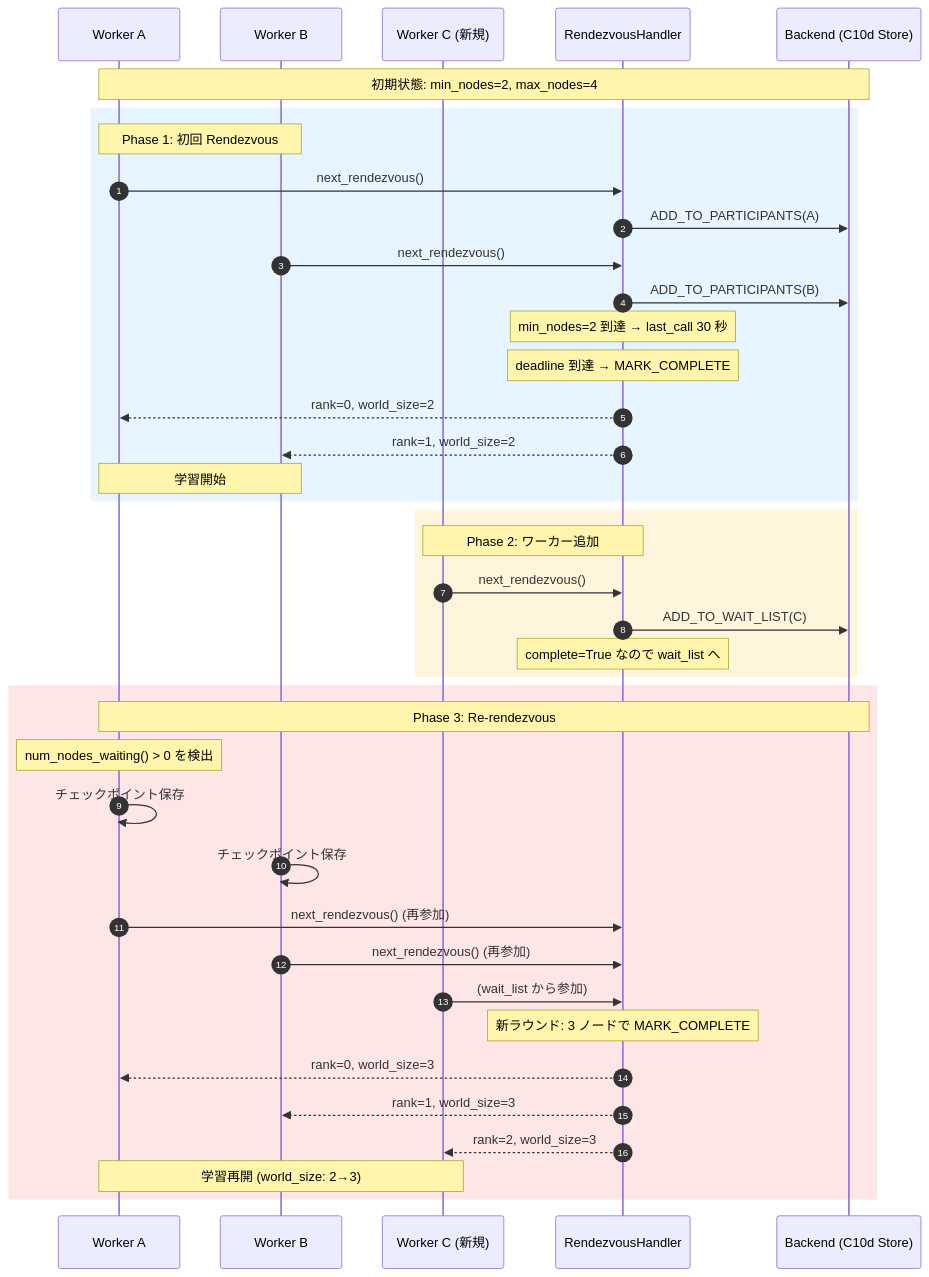
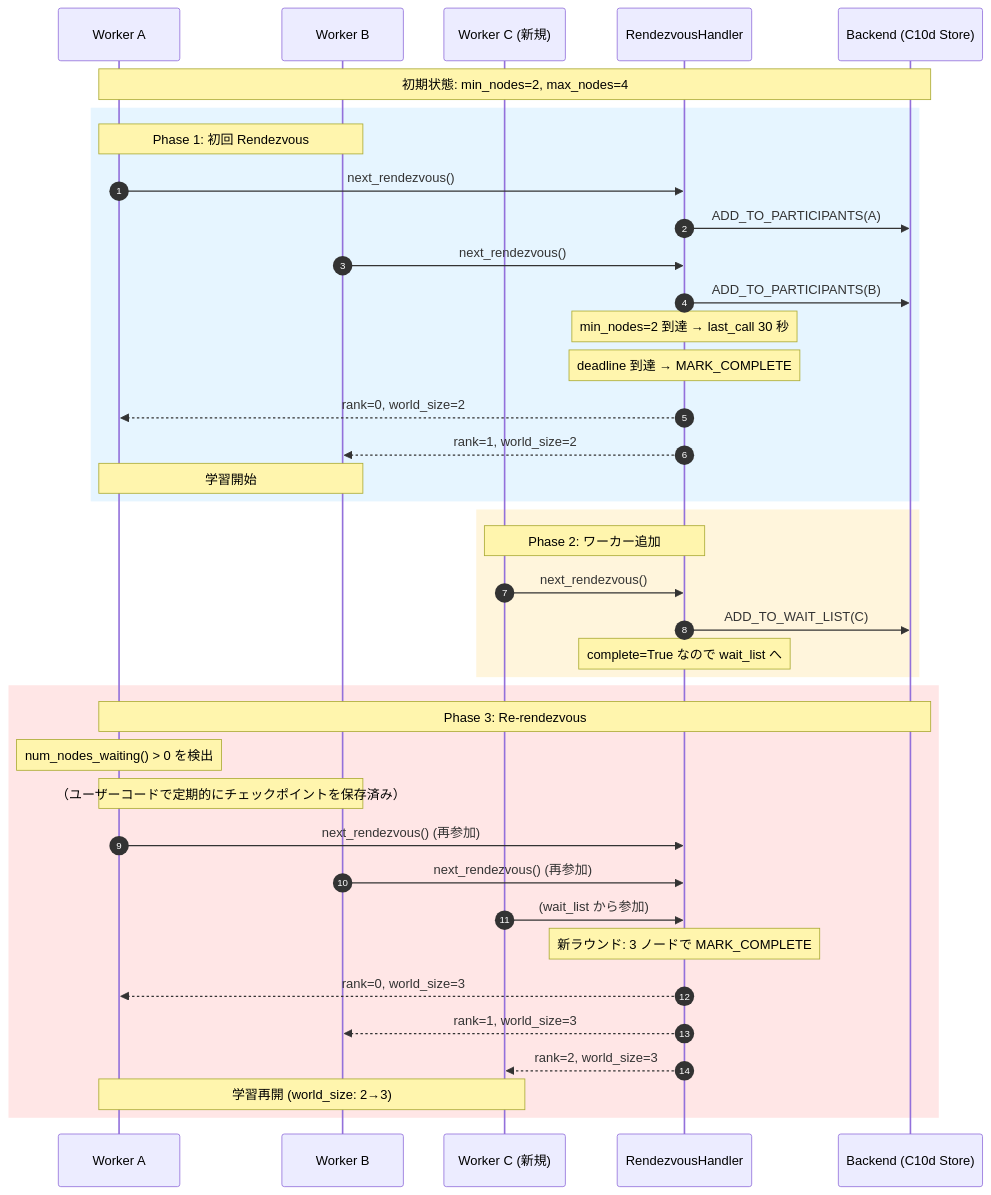
One commit to littlemex/zenn changed the second of 3 diagrams in articles/be0db364a7f8e2.md. Above: the diagram before and after it, drawn with Mermaid. The commit also changed other lines of this file, not shown here.

````diff
--- a/articles/be0db364a7f8e2.md
+++ b/articles/be0db364a7f8e2.md
@@ -151,46 +151,45 @@
 ```mermaid
 sequenceDiagram
     autonumber
     participant W1 as Worker A
     participant W2 as Worker B
     participant W3 as Worker C (新規)
     participant RH as RendezvousHandler
     participant BE as Backend (C10d Store)
 
     Note over W1, BE: 初期状態: min_nodes=2, max_nodes=4
 
     rect rgb(230, 245, 255)
         Note over W1, W2: Phase 1: 初回 Rendezvous
         W1 ->> RH: next_rendezvous()
         RH ->> BE: ADD_TO_PARTICIPANTS(A)
         W2 ->> RH: next_rendezvous()
         RH ->> BE: ADD_TO_PARTICIPANTS(B)
         Note over RH: min_nodes=2 到達 → last_call 30 秒
         Note over RH: deadline 到達 → MARK_COMPLETE
         RH -->> W1: rank=0, world_size=2
         RH -->> W2: rank=1, world_size=2
         Note over W1, W2: 学習開始
     end
 
     rect rgb(255, 245, 220)
         Note over W3, RH: Phase 2: ワーカー追加
         W3 ->> RH: next_rendezvous()
         RH ->> BE: ADD_TO_WAIT_LIST(C)
         Note over RH: complete=True なので wait_list へ
     end
 
     rect rgb(255, 230, 230)
         Note over W1, BE: Phase 3: Re-rendezvous
         Note over W1: num_nodes_waiting() > 0 を検出
-        W1 ->> W1: チェックポイント保存
-        W2 ->> W2: チェックポイント保存
+        Note over W1, W2: （ユーザーコードで定期的にチェックポイントを保存済み）
         W1 ->> RH: next_rendezvous() (再参加)
         W2 ->> RH: next_rendezvous() (再参加)
         W3 ->> RH: (wait_list から参加)
         Note over RH: 新ラウンド: 3 ノードで MARK_COMPLETE
         RH -->> W1: rank=0, world_size=3
         RH -->> W2: rank=1, world_size=3
         RH -->> W3: rank=2, world_size=3
         Note over W1, W3: 学習再開 (world_size: 2→3)
     end
 ```
````
